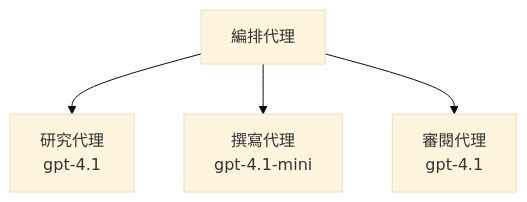
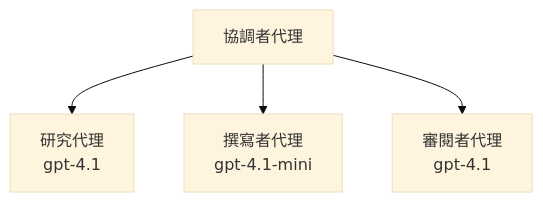
The third of 3 diagrams in translations/zh-MO/docs/chapter-02-ai-development/agents.md (microsoft/AZD-for-beginners), drawn with Mermaid (base theme) before and after one commit. The commit also changed other lines of this file and 61 other files, not shown here.

````diff
--- a/translations/zh-MO/docs/chapter-02-ai-development/agents.md
+++ b/translations/zh-MO/docs/chapter-02-ai-development/agents.md
@@ -201,6 +201,6 @@
 ```mermaid
 graph TD
-    Orchestrator[編排代理] --> Research[研究代理<br/>gpt-4.1]
-    Orchestrator --> Writer[撰寫代理<br/>gpt-4.1-mini]
-    Orchestrator --> Reviewer[審閱代理<br/>gpt-4.1]
+    Orchestrator[協調者代理] --> Research[研究代理<br/>gpt-4.1]
+    Orchestrator --> Writer[撰寫者代理<br/>gpt-4.1-mini]
+    Orchestrator --> Reviewer[審閱者代理<br/>gpt-4.1]
 ```
````
